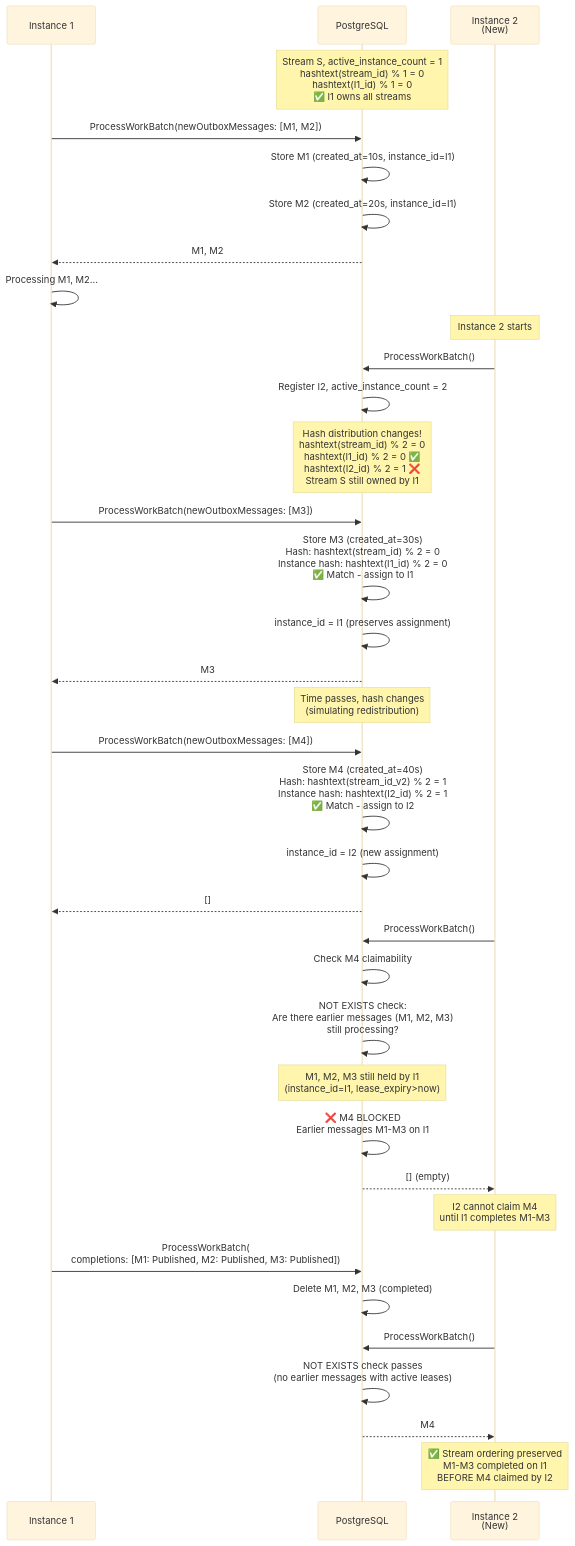
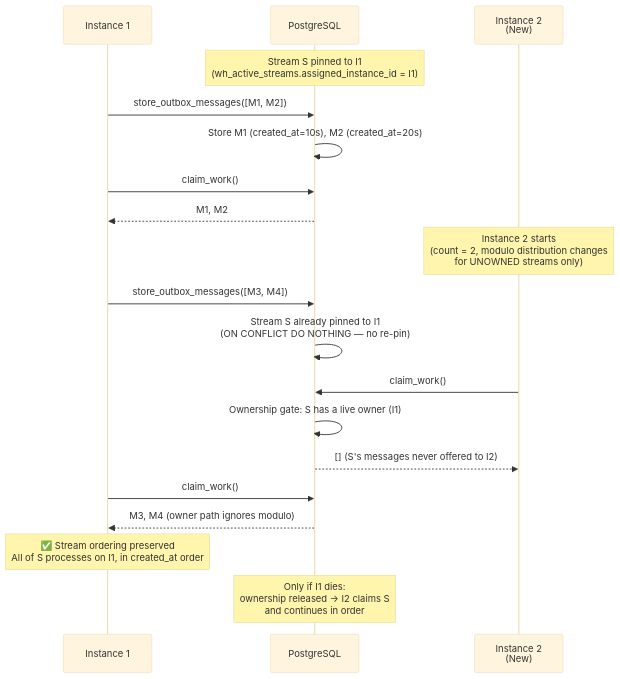
One commit to whizbang-lib/whizbang-lib.github.io changed diagram 11 of 12 in src/assets/docs/v1.0.0/messaging/multi-instance-coordination.md. Above: the diagram before and after it, drawn with Mermaid (base theme). The commit also changed other lines of this file and 7 other files, not shown here.

````diff
--- a/src/assets/docs/v1.0.0/messaging/multi-instance-coordination.md
+++ b/src/assets/docs/v1.0.0/messaging/multi-instance-coordination.md
@@ -435,51 +443,29 @@
 ```mermaid
 sequenceDiagram
     participant I1 as Instance 1
     participant DB as PostgreSQL
     participant I2 as Instance 2<br/>(New)
 
-    Note over DB: Stream S, active_instance_count = 1<br/>hashtext(stream_id) % 1 = 0<br/>hashtext(I1_id) % 1 = 0<br/>✅ I1 owns all streams
+    Note over DB: Stream S pinned to I1<br/>(wh_active_streams.assigned_instance_id = I1)
 
-    I1->>DB: ProcessWorkBatch(newOutboxMessages: [M1, M2])
-    DB->>DB: Store M1 (created_at=10s, instance_id=I1)
-    DB->>DB: Store M2 (created_at=20s, instance_id=I1)
+    I1->>DB: store_outbox_messages([M1, M2])
+    DB->>DB: Store M1 (created_at=10s), M2 (created_at=20s)
+    I1->>DB: claim_work()
     DB-->>I1: M1, M2
 
-    I1->>I1: Processing M1, M2...
+    Note over I2: Instance 2 starts<br/>(count = 2, modulo distribution changes<br/>for UNOWNED streams only)
 
-    Note over I2: Instance 2 starts
+    I1->>DB: store_outbox_messages([M3, M4])
+    DB->>DB: Stream S already pinned to I1<br/>(ON CONFLICT DO NOTHING — no re-pin)
 
-    I2->>DB: ProcessWorkBatch()
-    DB->>DB: Register I2, active_instance_count = 2
-    Note over DB: Hash distribution changes!<br/>hashtext(stream_id) % 2 = 0<br/>hashtext(I1_id) % 2 = 0 ✅<br/>hashtext(I2_id) % 2 = 1 ❌<br/>Stream S still owned by I1
+    I2->>DB: claim_work()
+    DB->>DB: Ownership gate: S has a live owner (I1)
+    DB-->>I2: [] (S's messages never offered to I2)
 
-    I1->>DB: ProcessWorkBatch(newOutboxMessages: [M3])
-    DB->>DB: Store M3 (created_at=30s)<br/>Hash: hashtext(stream_id) % 2 = 0<br/>Instance hash: hashtext(I1_id) % 2 = 0<br/>✅ Match - assign to I1
-    DB->>DB: instance_id = I1 (preserves assignment)
-    DB-->>I1: M3
+    I1->>DB: claim_work()
+    DB-->>I1: M3, M4 (owner path ignores modulo)
 
-    Note over DB: Time passes, hash changes<br/>(simulating redistribution)
+    Note over I1: ✅ Stream ordering preserved<br/>All of S processes on I1, in created_at order
 
-    I1->>DB: ProcessWorkBatch(newOutboxMessages: [M4])
-    DB->>DB: Store M4 (created_at=40s)<br/>Hash: hashtext(stream_id_v2) % 2 = 1<br/>Instance hash: hashtext(I2_id) % 2 = 1<br/>✅ Match - assign to I2
-    DB->>DB: instance_id = I2 (new assignment)
-    DB-->>I1: []
-
-    I2->>DB: ProcessWorkBatch()
-    DB->>DB: Check M4 claimability
-    DB->>DB: NOT EXISTS check:<br/>Are there earlier messages (M1, M2, M3)<br/>still processing?
-    Note over DB: M1, M2, M3 still held by I1<br/>(instance_id=I1, lease_expiry>now)
-    DB->>DB: ❌ M4 BLOCKED<br/>Earlier messages M1-M3 on I1
-    DB-->>I2: [] (empty)
-
-    Note over I2: I2 cannot claim M4<br/>until I1 completes M1-M3
-
-    I1->>DB: ProcessWorkBatch(<br/>completions: [M1: Published, M2: Published, M3: Published])
-    DB->>DB: Delete M1, M2, M3 (completed)
-
-    I2->>DB: ProcessWorkBatch()
-    DB->>DB: NOT EXISTS check passes<br/>(no earlier messages with active leases)
-    DB-->>I2: M4
-
-    Note over I2: ✅ Stream ordering preserved<br/>M1-M3 completed on I1<br/>BEFORE M4 claimed by I2
+    Note over DB: Only if I1 dies:<br/>ownership released → I2 claims S<br/>and continues in order
 ```
````
